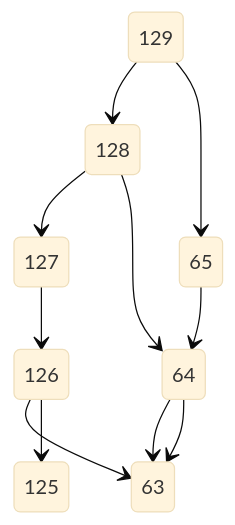
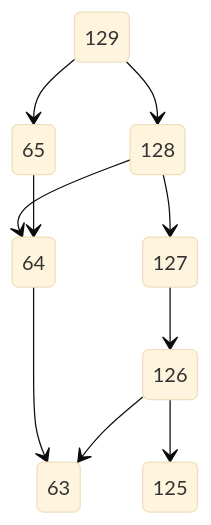
Before and after one commit to viktorshandrikov/repository-1: the diagram in 19.md, drawn with Mermaid (base theme).

````diff
--- a/19.md
+++ b/19.md
@@ -1,13 +1,12 @@
 ```mermaid
 stateDiagram-v2
 129 --> 128
 129 --> 65
 128 --> 127
 128 --> 64
 65 --> 64
 64 -->63 
 127-->126
 126 -->63
 126 --> 125 
-64 --> 63
 ```
````
